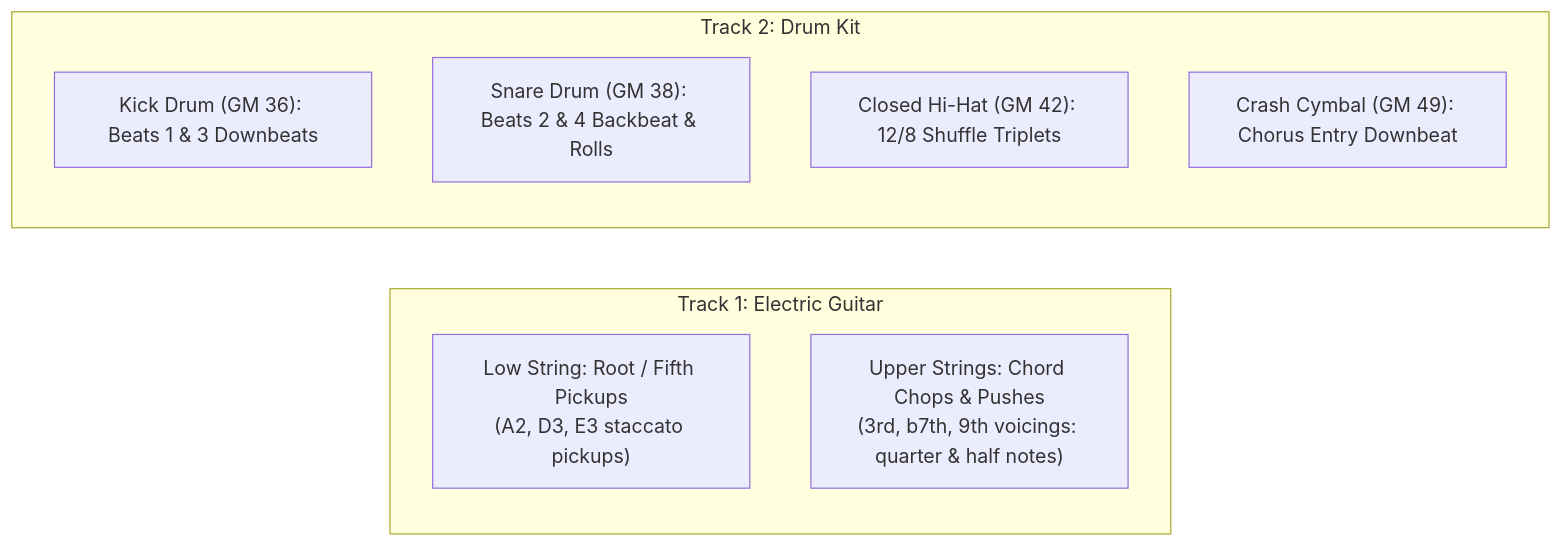
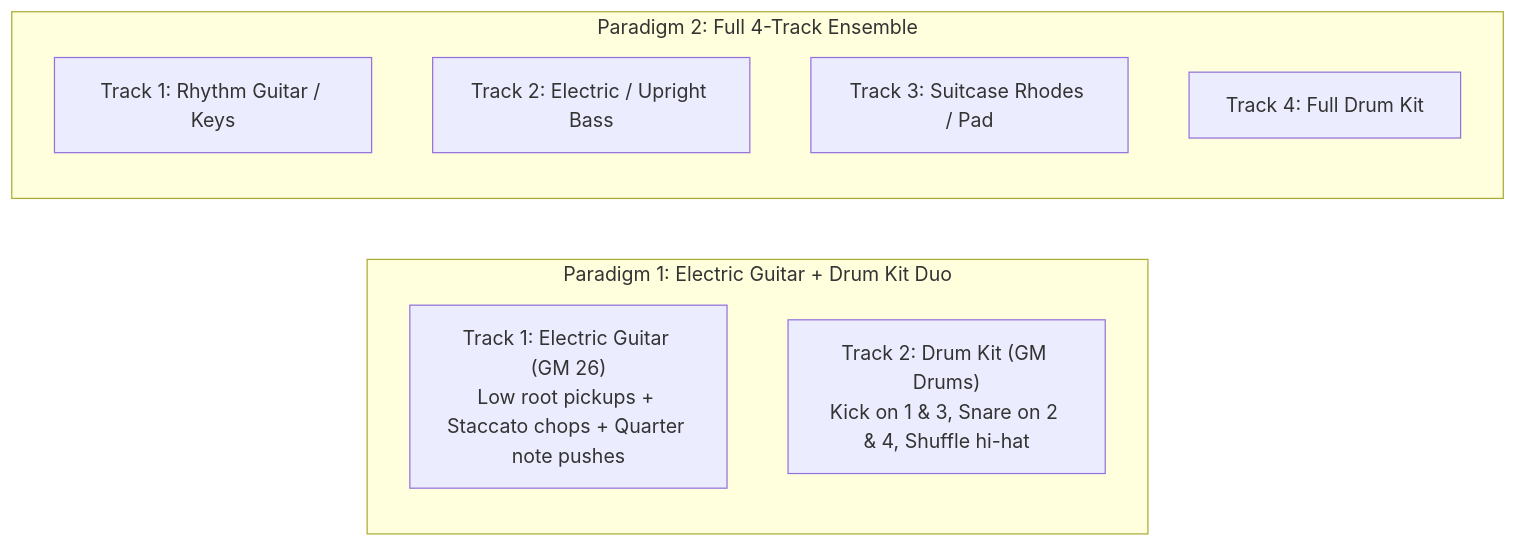
Before and after one commit to hmh-215/guitar_fretboard_visualization: the second of 2 diagrams in .agents/skills/backing-track-transcriber/SKILL.md, drawn with Mermaid. The commit also changed other lines of this file and 28 other files, not shown here.

````diff
--- a/.agents/skills/backing-track-transcriber/SKILL.md
+++ b/.agents/skills/backing-track-transcriber/SKILL.md
@@ -118,13 +108,13 @@
 ```mermaid
 graph LR
-    subgraph Track 1: Electric Guitar
-        G1["Low String: Root / Fifth Pickups<br/>(A2, D3, E3 staccato pickups)"]
-        G2["Upper Strings: Chord Chops & Pushes<br/>(3rd, b7th, 9th voicings: quarter & half notes)"]
+    subgraph Paradigm 1: Electric Guitar + Drum Kit Duo
+        G1["Track 1: Electric Guitar (GM 26)<br/>Low root pickups + Staccato chops + Quarter note pushes"]
+        D1["Track 2: Drum Kit (GM Drums)<br/>Kick on 1 & 3, Snare on 2 & 4, Shuffle hi-hat"]
     end
-    subgraph Track 2: Drum Kit
-        D1["Kick Drum (GM 36): Beats 1 & 3 Downbeats"]
-        D2["Snare Drum (GM 38): Beats 2 & 4 Backbeat & Rolls"]
-        D3["Closed Hi-Hat (GM 42): 12/8 Shuffle Triplets"]
-        D4["Crash Cymbal (GM 49): Chorus Entry Downbeat"]
+    subgraph Paradigm 2: Full 4-Track Ensemble
+        E1["Track 1: Rhythm Guitar / Keys"]
+        E2["Track 2: Electric / Upright Bass"]
+        E3["Track 3: Suitcase Rhodes / Pad"]
+        E4["Track 4: Full Drum Kit"]
     end
 ```
````
